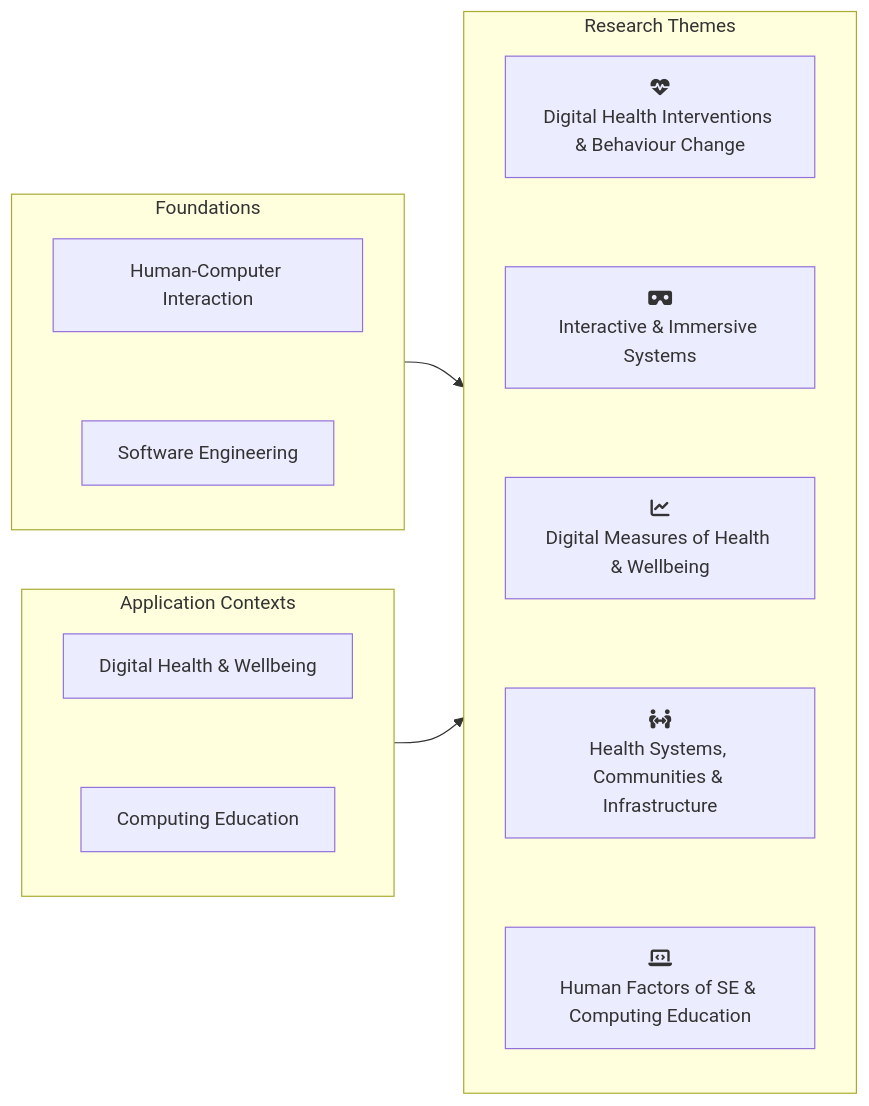
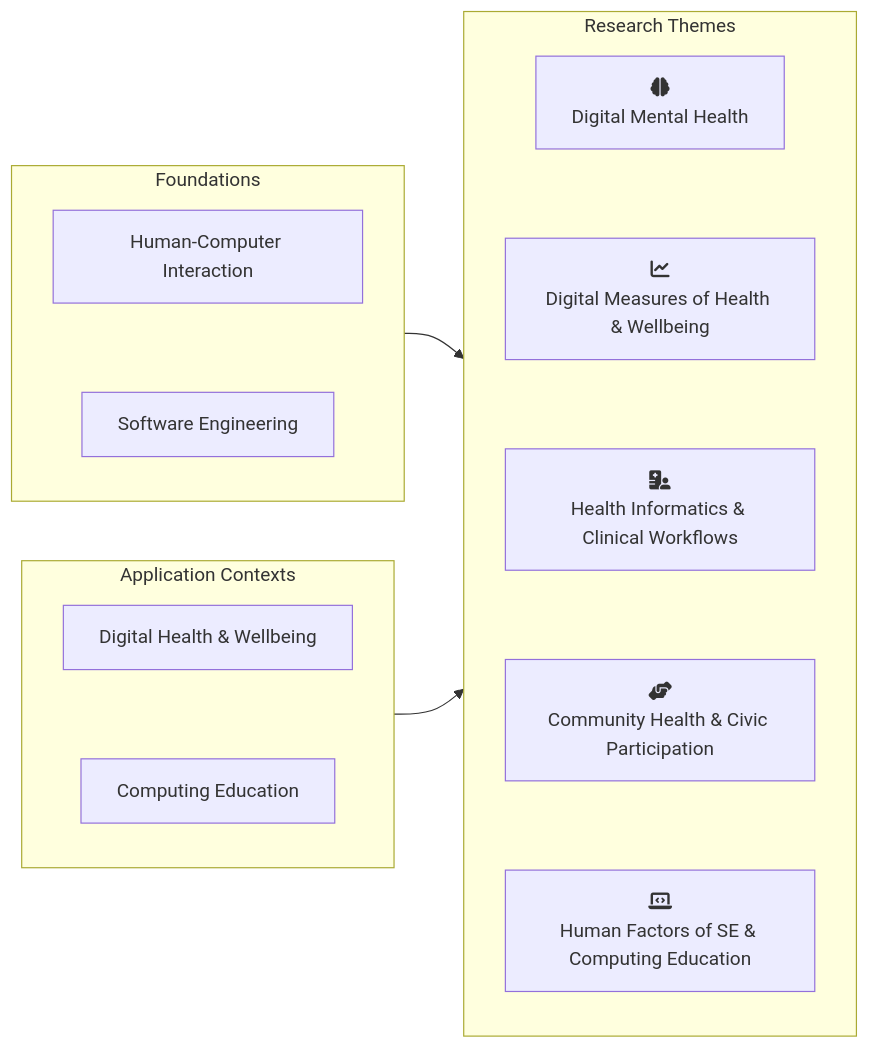
One commit to ChristopherBull/christopherbull.github.io changed the diagram in research/research-themes.md. Above: the diagram before and after it, drawn with Mermaid. The commit also changed other lines of this file and 1 other file, not shown here.

Commit message:
feat: update research themes to reflect greater focus on Digital Mental Health

````diff
--- a/research/research-themes.md
+++ b/research/research-themes.md
@@ -17,28 +17,28 @@
 ```mermaid
 flowchart LR
     accTitle: Research Themes and Application Contexts Overview
-    accDescr: This diagram shows the foundations, research themes, and application contexts of Christopher Bull's human-centred computing research. Foundational areas include Human-Computer Interaction and Software Engineering. All foundational topics inform sll of the research themes. Research themes include Digital Health Interventions & Behaviour Change, Interactive & Immersive Systems, Digital Measures of Health & Wellbeing, Health Systems, Communities & Infrastructure, and Human Factors of Software Engineering & Computing Education. Application contexts are Digital Health & Wellbeing and Computing Education. Arrows indicate that foundations and contexts inform the research themes.
+    accDescr: This diagram shows the foundations, research themes, and application contexts of Christopher Bull's human-centred computing research. Foundational areas include Human-Computer Interaction and Software Engineering. All foundational topics inform all of the research themes. Research themes include Digital Mental Health, Digital Measures of Health & Wellbeing, Health Informatics & Clinical Workflows, Community Health & Civic Participation, and Human Factors of Software Engineering & Computing Education. Application contexts are Digital Health & Wellbeing and Computing Education. Arrows indicate that foundations and contexts inform the research themes.
 
     subgraph F["Foundations"]
         direction TB
         HCI["Human-Computer Interaction"] ~~~ SE["Software Engineering"]
     end
 
     subgraph T["Research Themes"]
         direction TB
-        D[<i class="fas fa-heart-pulse fa-fw" aria-hidden="true"></i><br>Digital Health Interventions & Behaviour Change] ~~~
-        I[<i class="fas fa-vr-cardboard fa-fw" aria-hidden="true"></i><br>Interactive & Immersive Systems] ~~~
+        MH[<i class="fas fa-brain fa-fw" aria-hidden="true"></i><br>Digital Mental Health] ~~~
         M[<i class="fas fa-chart-line fa-fw" aria-hidden="true"></i><br>Digital Measures of Health & Wellbeing] ~~~
-        S[<i class="fas fa-people-arrows fa-fw" aria-hidden="true"></i><br>Health Systems, Communities & Infrastructure] ~~~
+        HI[<i class="fas fa-hospital-user fa-fw" aria-hidden="true"></i><br>Health Informatics & Clinical Workflows] ~~~
+        CH[<i class="fas fa-hands-helping fa-fw" aria-hidden="true"></i><br>Community Health & Civic Participation] ~~~
         E[<i class="fas fa-laptop-code fa-fw" aria-hidden="true"></i><br>Human Factors of SE & Computing Education]
     end
 
     subgraph C["Application Contexts"]
         direction TB
         DH["Digital Health & Wellbeing"] ~~~
         CE["Computing Education"]
     end
 
     F --> T
     C --> T
 ```
````
